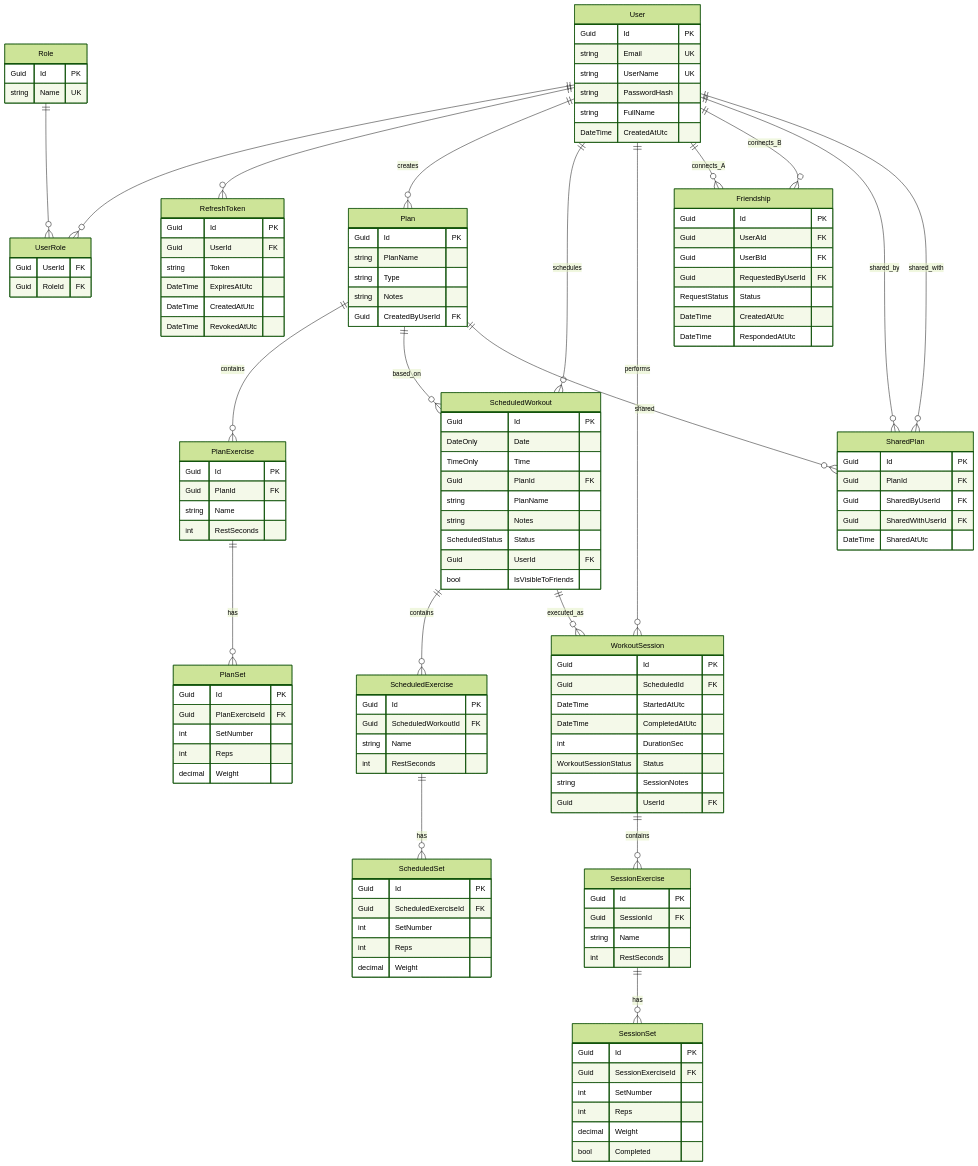
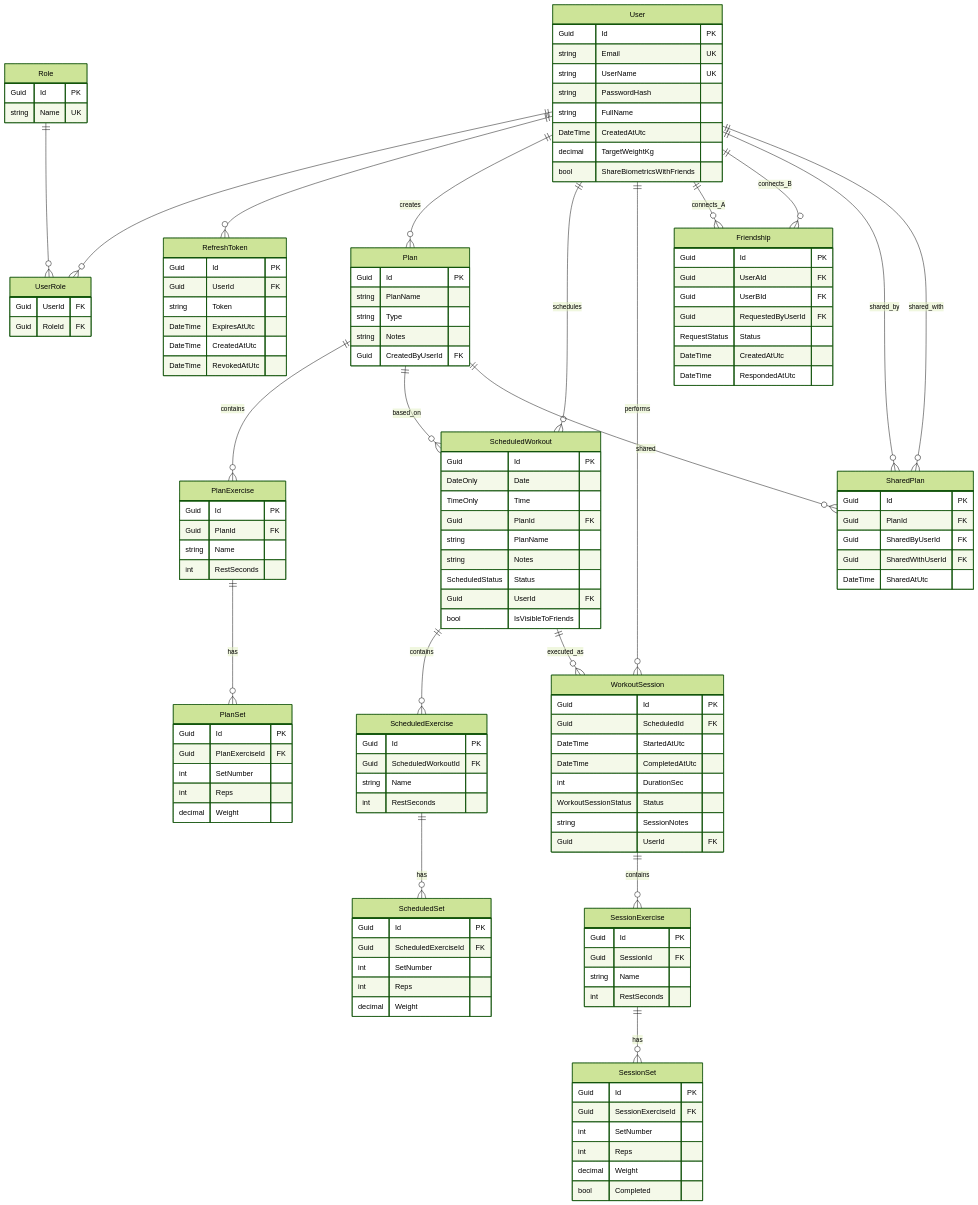
The second of 3 diagrams in docs/DOMAIN_DOCUMENTATION.md (Gringee/FitMateBackend), drawn with Mermaid (forest theme) before and after one commit. The commit also changed other lines of this file and 29 other files, not shown here.

Commit message:
Add Target Weight, Biometrics Privacy and Friend Metrics Viewing

```diff
--- a/docs/DOMAIN_DOCUMENTATION.md
+++ b/docs/DOMAIN_DOCUMENTATION.md
@@ -659,6 +661,8 @@
         string PasswordHash
         string FullName
         DateTime CreatedAtUtc
+        decimal TargetWeightKg
+        bool ShareBiometricsWithFriends
     }
     
     Role {
```
